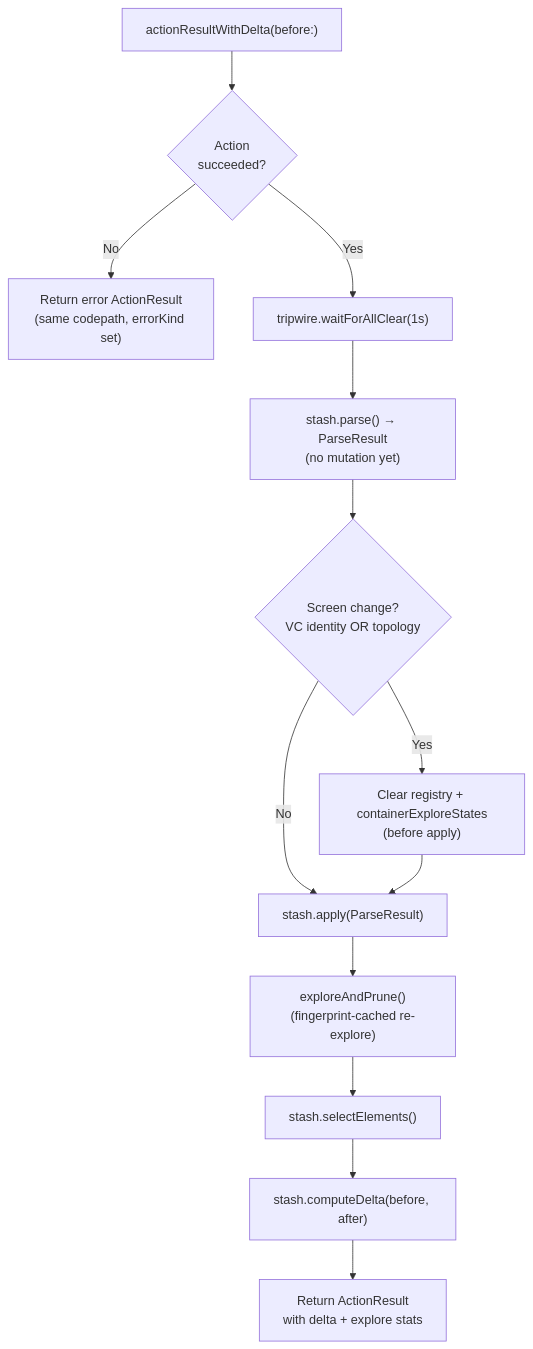
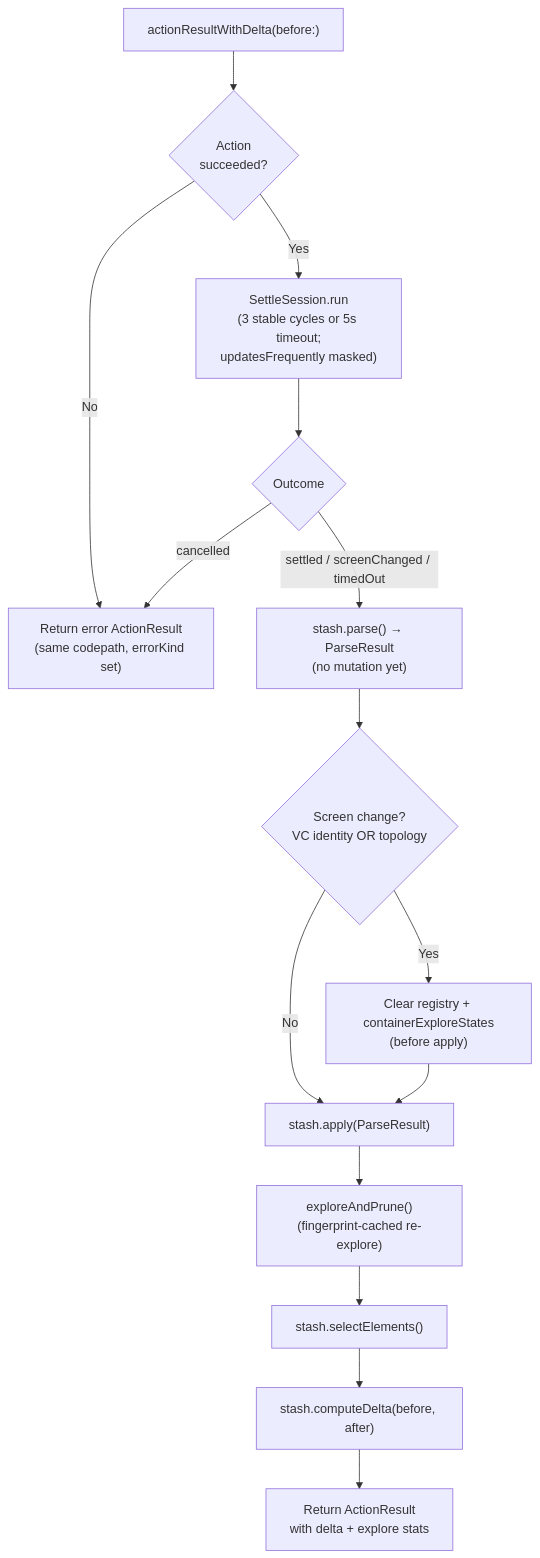
The third of 3 diagrams in docs/dossiers/13-THEBRAINS.md (RoyalPineapple/TheButtonHeist), drawn with Mermaid before and after one commit. The commit also changed other lines of this file and 7 other files, not shown here.

````diff
--- a/docs/dossiers/13-THEBRAINS.md
+++ b/docs/dossiers/13-THEBRAINS.md
@@ -78,17 +79,19 @@
 ```mermaid
 flowchart TD
     A["actionResultWithDelta(before:)"] --> B{Action<br/>succeeded?}
     B -->|No| C["Return error ActionResult<br/>(same codepath, errorKind set)"]
-    B -->|Yes| D["tripwire.waitForAllClear(1s)"]
-    D --> E["stash.parse() → ParseResult<br/>(no mutation yet)"]
+    B -->|Yes| D["SettleSession.run<br/>(3 stable cycles or 5s timeout;<br/>updatesFrequently masked)"]
+    D --> CANC{Outcome}
+    CANC -->|cancelled| C
+    CANC -->|settled / screenChanged / timedOut| E["stash.parse() → ParseResult<br/>(no mutation yet)"]
 
     E --> F{Screen change?<br/>VC identity OR topology}
     F -->|Yes| G["Clear registry + containerExploreStates<br/>(before apply)"]
     F -->|No| H["stash.apply(ParseResult)"]
     G --> H
 
     H --> I["exploreAndPrune()<br/>(fingerprint-cached re-explore)"]
     I --> J["stash.selectElements()"]
     J --> K["stash.computeDelta(before, after)"]
     K --> L["Return ActionResult<br/>with delta + explore stats"]
 ```
````
